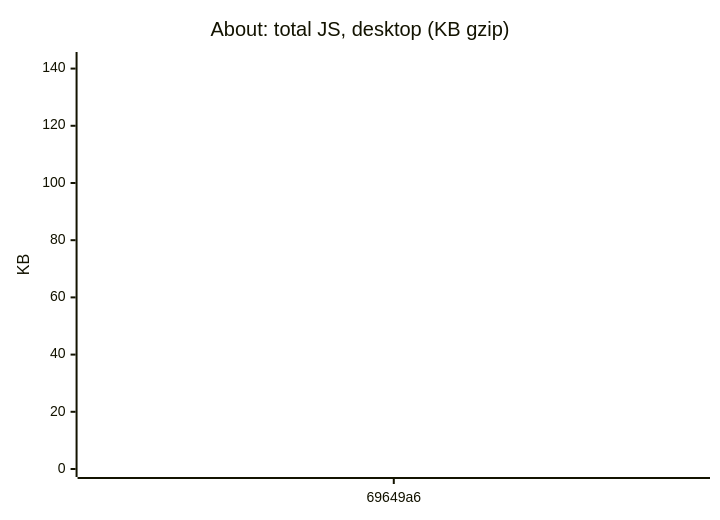
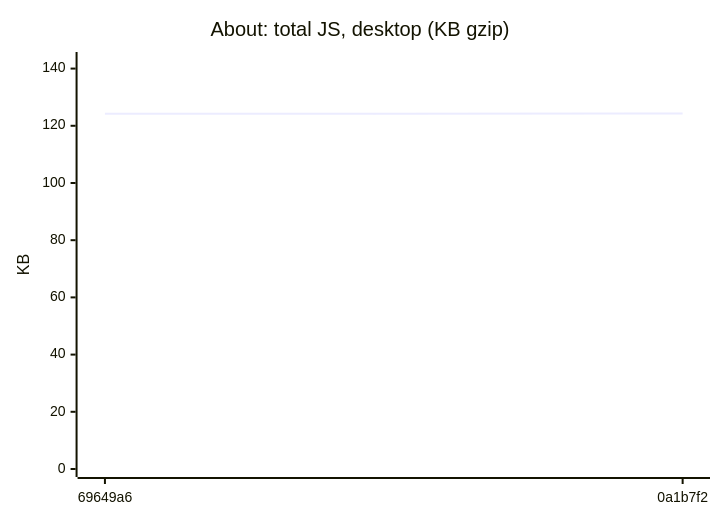
The fifth of 18 diagrams in README.md (AxelUser/maltsev.space), drawn with Mermaid before and after one commit. The commit also changed other lines of this file and 1 other file, not shown here.

````diff
--- a/README.md
+++ b/README.md
@@ -71,7 +71,7 @@
 ```mermaid
 xychart-beta
   title "About: total JS, desktop (KB gzip)"
-  x-axis ["69649a6"]
+  x-axis ["69649a6", "0a1b7f2"]
   y-axis "KB" 0 --> 143
-  line [124.2]
+  line [124.2, 124.3]
 ```
````
